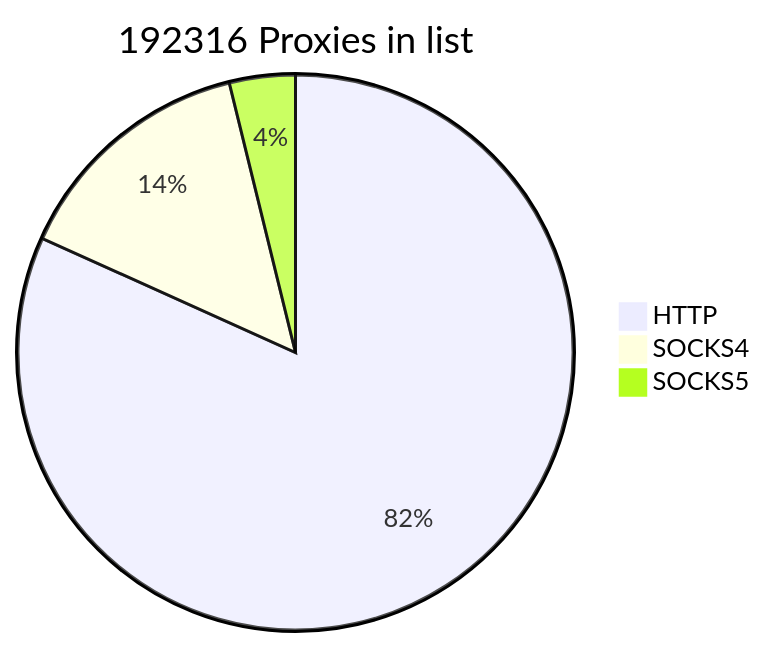
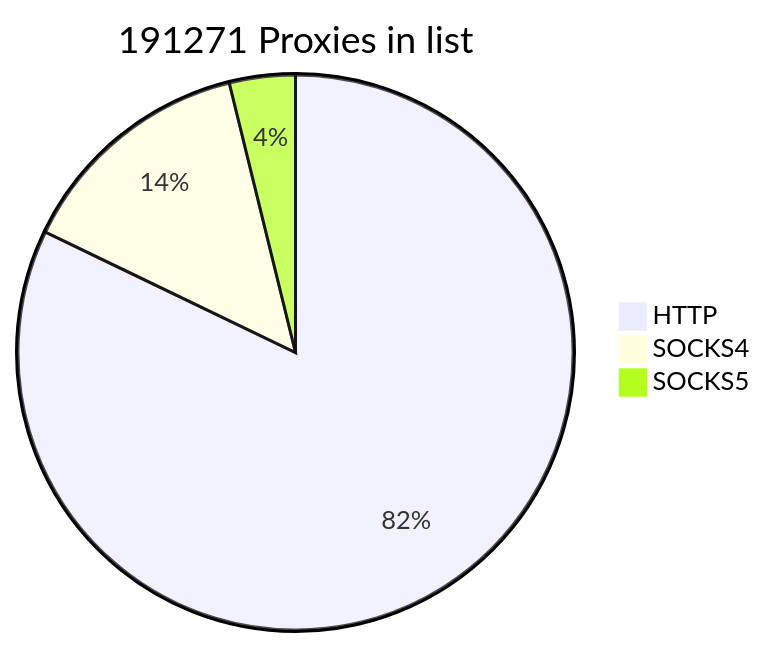
One commit to cutipu/proxylist changed the first of 2 diagrams in README.md. Above: the diagram before and after it, drawn with Mermaid. The commit also changed other lines of this file, not shown here.

````diff
--- a/README.md
+++ b/README.md
@@ -2,7 +2,7 @@
 ```mermaid
-pie title 192316 Proxies in list
-    "HTTP" : 157193
-    "SOCKS4" : 27753
-    "SOCKS5" : 7370
+pie title 191271 Proxies in list
+    "HTTP" : 157113
+    "SOCKS4" : 26826
+    "SOCKS5" : 7332
             
 ```
````
